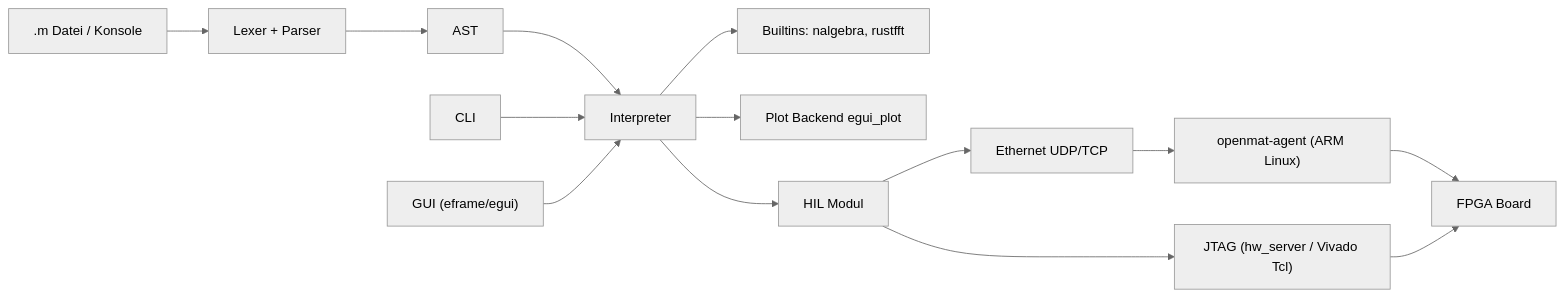
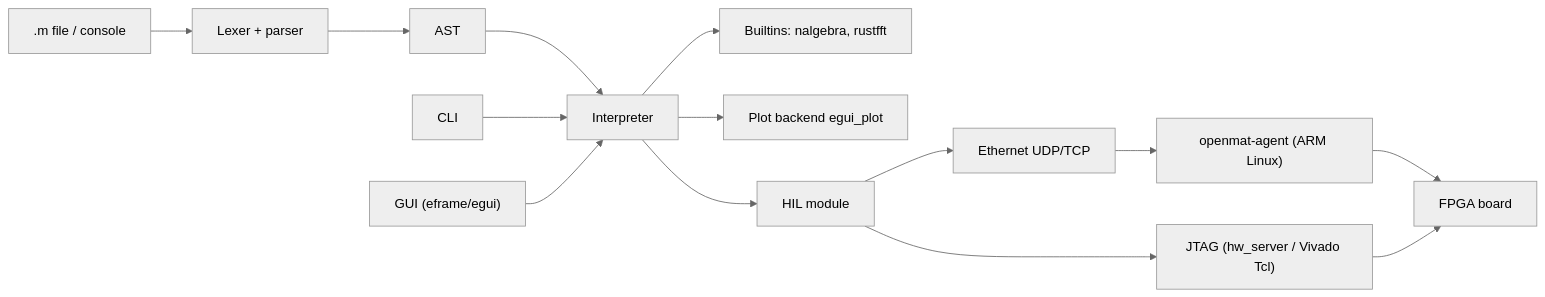
Before and after one commit to 3NT3RTAiN3R26/openmat: the diagram in openmat-plan.md, drawn with Mermaid (neutral theme). The commit also changed other lines of this file and 2 other files, not shown here.

````diff
--- a/openmat-plan.md
+++ b/openmat-plan.md
@@ -14,13 +14,13 @@
 ```mermaid
 flowchart LR
-    mFile[".m Datei / Konsole"] --> lexer[Lexer + Parser]
+    mFile[".m file / console"] --> lexer[Lexer + parser]
     lexer --> ast[AST]
     ast --> interp[Interpreter]
     interp --> lib["Builtins: nalgebra, rustfft"]
-    interp --> plot[Plot Backend egui_plot]
-    interp --> hil["HIL Modul"]
-    hil --> eth["Ethernet UDP/TCP"] --> agent["openmat-agent (ARM Linux)"] --> fpga[FPGA Board]
+    interp --> plot[Plot backend egui_plot]
+    interp --> hil["HIL module"]
+    hil --> eth["Ethernet UDP/TCP"] --> agent["openmat-agent (ARM Linux)"] --> fpga[FPGA board]
     hil --> jtag["JTAG (hw_server / Vivado Tcl)"] --> fpga
     cli[CLI] --> interp
     gui["GUI (eframe/egui)"] --> interp
 ```
````
